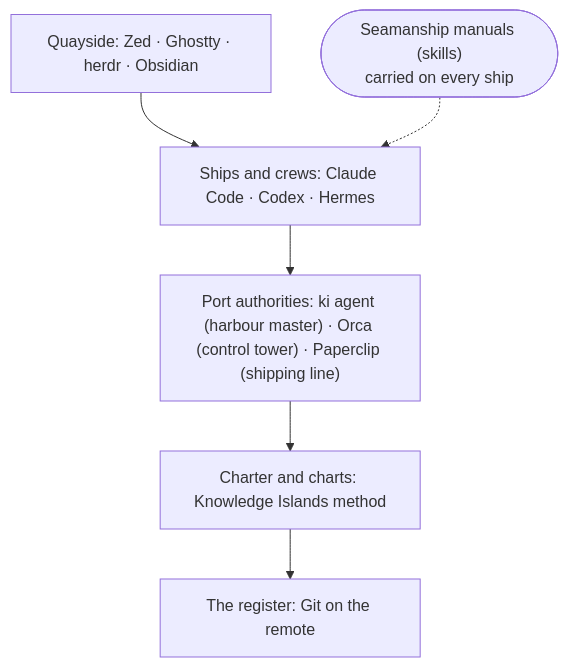
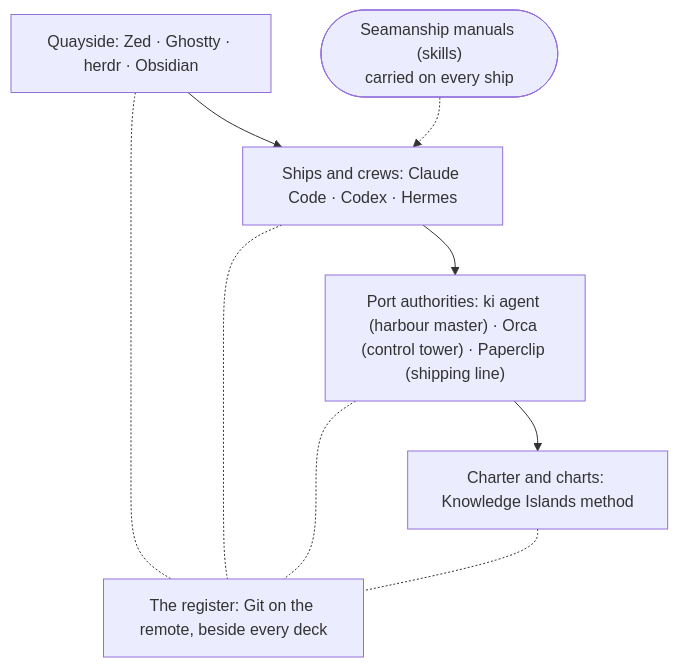
One commit to knowledgeislands/ki-principal changed the diagram in +/_WORK/ki.prj.ways-of-working/design/landscape-explainer.md. Above: the diagram before and after it, drawn with Mermaid. The commit also changed other lines of this file and 1 other file, not shown here.

````diff
--- a/+/_WORK/ki.prj.ways-of-working/design/landscape-explainer.md
+++ b/+/_WORK/ki.prj.ways-of-working/design/landscape-explainer.md
@@ -47,10 +50,14 @@
 ```mermaid
 flowchart TB
   Q["Quayside: Zed · Ghostty · herdr · Obsidian"]
   S["Ships and crews: Claude Code · Codex · Hermes"]
   P["Port authorities: ki agent (harbour master) · Orca (control tower) · Paperclip (shipping line)"]
   C["Charter and charts: Knowledge Islands method"]
-  R["The register: Git on the remote"]
-  Q --> S --> P --> C --> R
+  R["The register: Git on the remote, beside every deck"]
+  Q --> S --> P --> C
+  Q -.- R
+  S -.- R
+  P -.- R
+  C -.- R
   M(["Seamanship manuals (skills)<br/>carried on every ship"]) -.-> S
 ```
````
